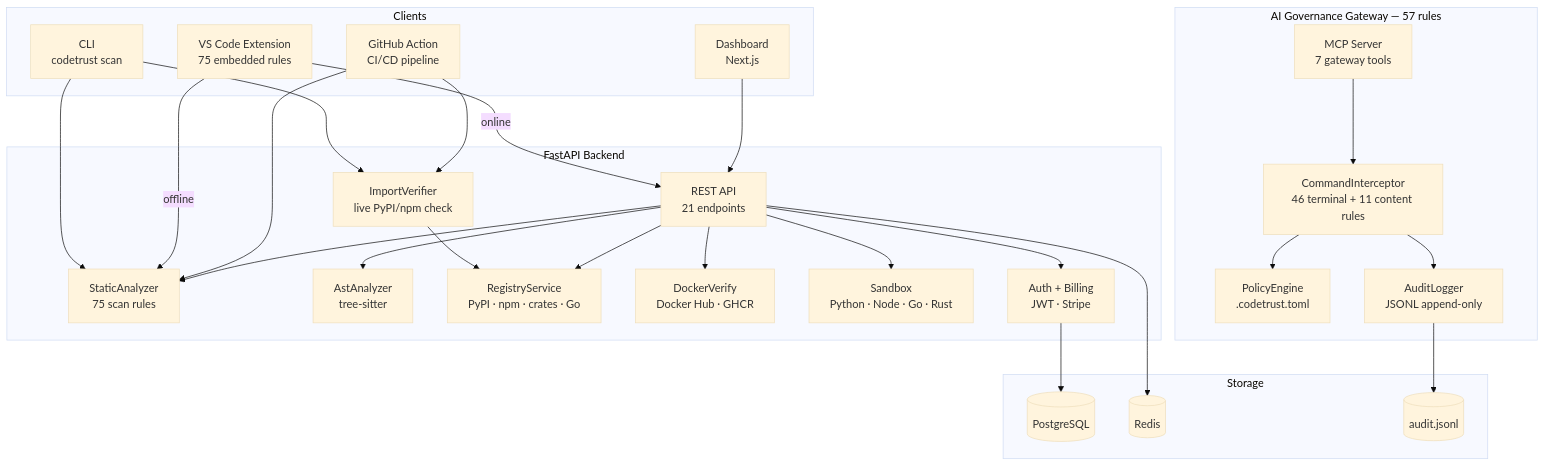
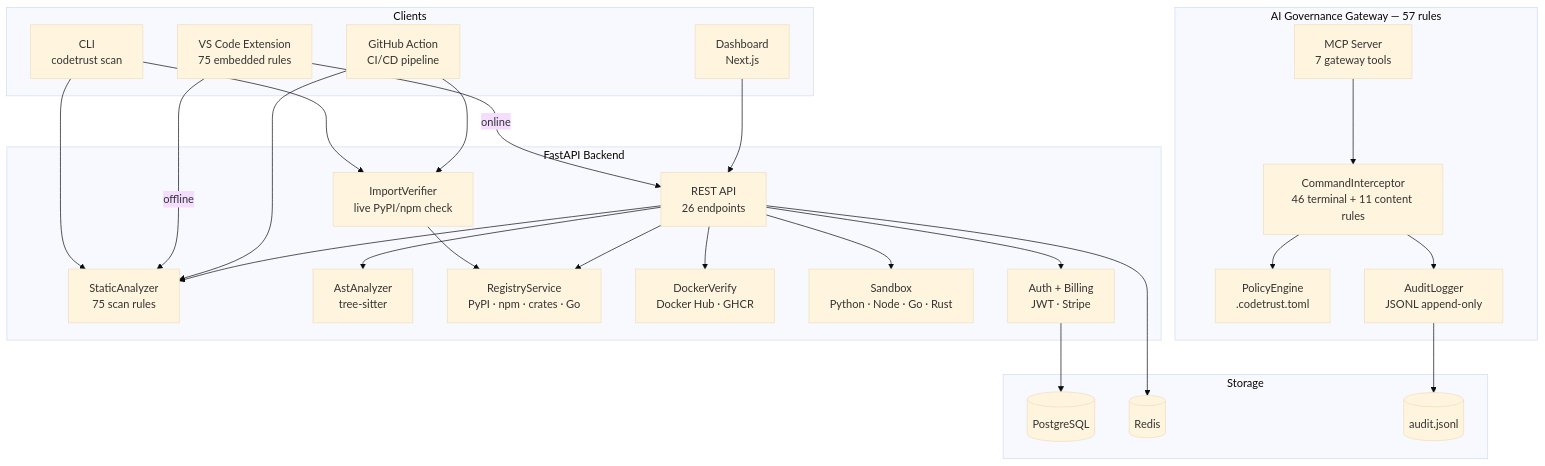
One commit to S-Borna/codetrust changed the diagram in README.md. Above: the diagram before and after it, drawn with Mermaid (base theme). The commit also changed other lines of this file and 17 other files, not shown here.

````diff
--- a/README.md
+++ b/README.md
@@ -103,56 +120,56 @@
 ```mermaid
 flowchart TB
     subgraph Clients
         CLI["CLI<br/>codetrust scan"]
         EXT["VS Code Extension<br/>75 embedded rules"]
         GHA["GitHub Action<br/>CI/CD pipeline"]
         DASH["Dashboard<br/>Next.js"]
     end
 
     subgraph Gateway["AI Governance Gateway — 57 rules"]
         MCP_GW["MCP Server<br/>7 gateway tools"]
         INT["CommandInterceptor<br/>46 terminal + 11 content rules"]
         POL["PolicyEngine<br/>.codetrust.toml"]
         AUD["AuditLogger<br/>JSONL append-only"]
     end
 
     subgraph API["FastAPI Backend"]
-        REST["REST API<br/>21 endpoints"]
+        REST["REST API<br/>26 endpoints"]
         SCAN["StaticAnalyzer<br/>75 scan rules"]
         IMPORT["ImportVerifier<br/>live PyPI/npm check"]
         AST["AstAnalyzer<br/>tree-sitter"]
         REG["RegistryService<br/>PyPI · npm · crates · Go"]
         DOCK["DockerVerify<br/>Docker Hub · GHCR"]
         SAND["Sandbox<br/>Python · Node · Go · Rust"]
         AUTH["Auth + Billing<br/>JWT · Stripe"]
     end
 
     subgraph Storage
         PG[(PostgreSQL)]
         REDIS[(Redis)]
         JSONL[("audit.jsonl")]
     end
 
     CLI --> SCAN
     CLI --> IMPORT
     EXT -->|offline| SCAN
     EXT -->|online| REST
     GHA --> SCAN
     GHA --> IMPORT
     DASH --> REST
 
     MCP_GW --> INT
     INT --> POL
     INT --> AUD
     AUD --> JSONL
 
     IMPORT --> REG
     REST --> SCAN
     REST --> AST
     REST --> REG
     REST --> DOCK
     REST --> SAND
     REST --> AUTH
     AUTH --> PG
     REST --> REDIS
 ```
````
